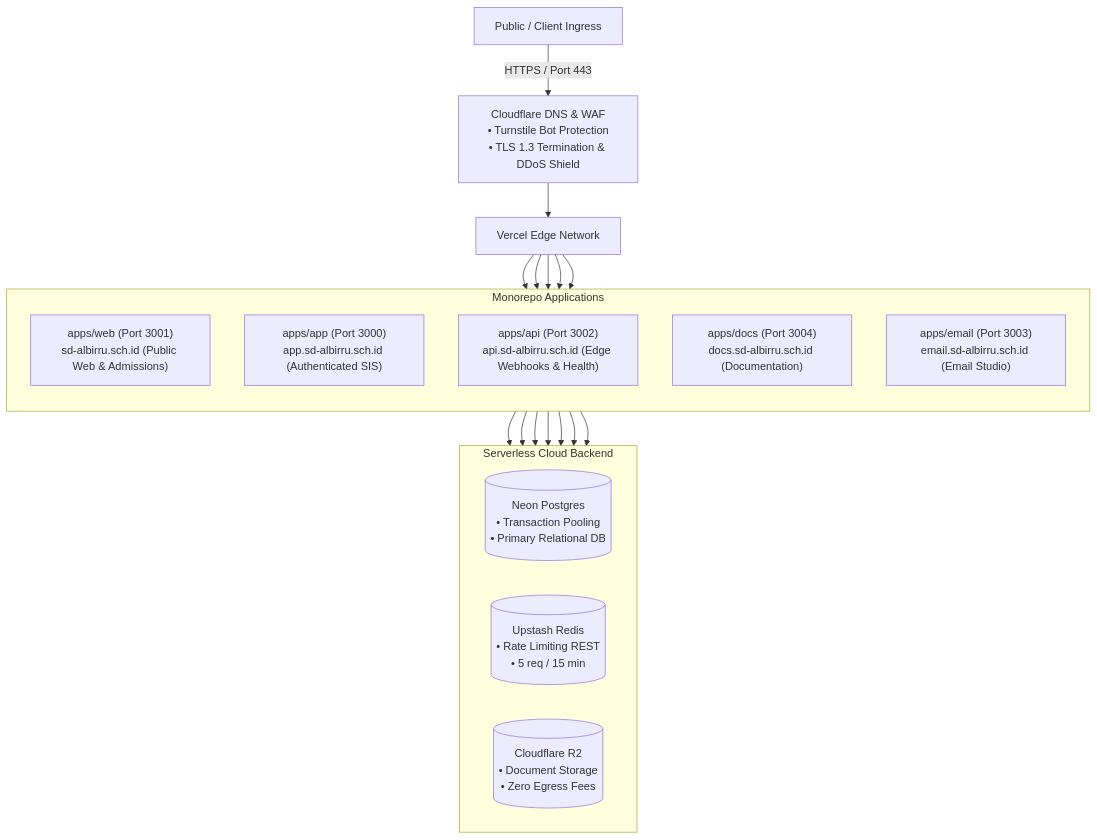
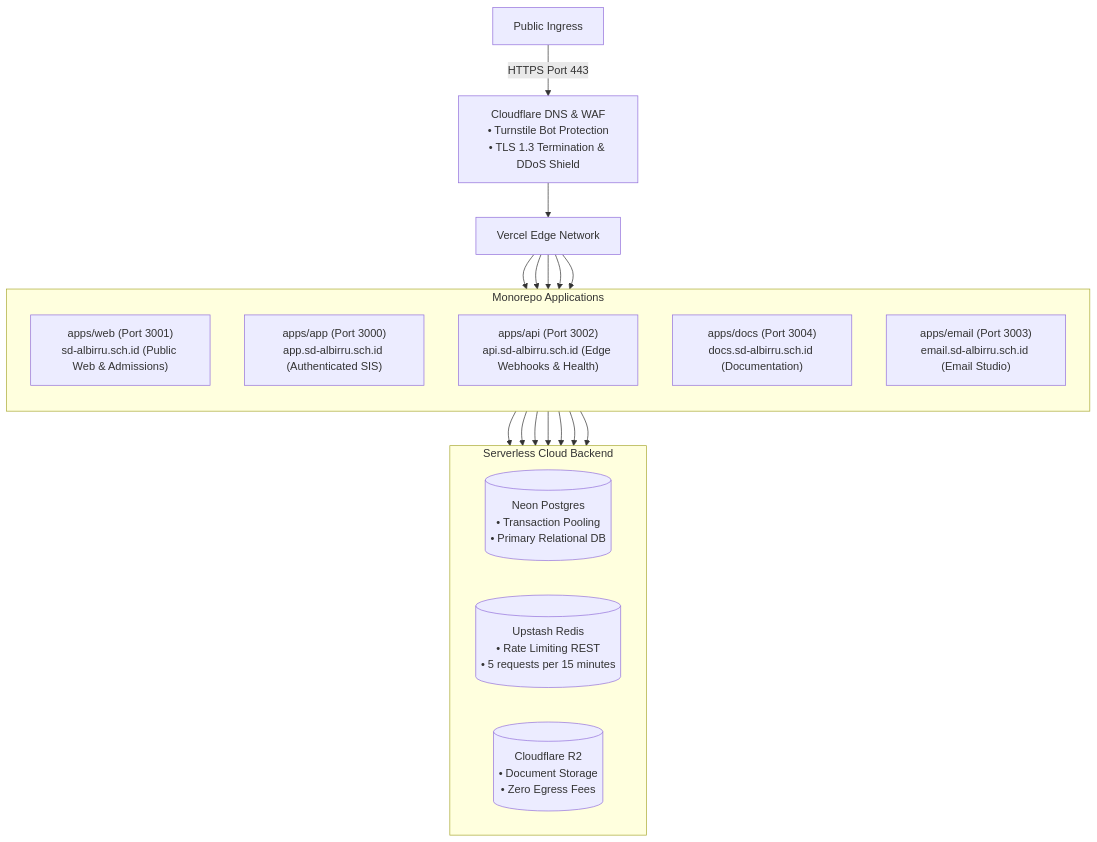
One commit to Mafrilearth/albirru-school-management-monorepo changed the first of 2 diagrams in DEPLOYMENT.md. Above: the diagram before and after it, drawn with Mermaid. The commit also changed other lines of this file and 20 other files, not shown here.

````diff
--- a/DEPLOYMENT.md
+++ b/DEPLOYMENT.md
@@ -11,35 +11,35 @@
 ```mermaid
 flowchart TD
-    Client["Public / Client Ingress"] -->|"HTTPS / Port 443"| CF["Cloudflare DNS & WAF<br/>• Turnstile Bot Protection<br/>• TLS 1.3 Termination & DDoS Shield"]
+    Client["Public Ingress"] -->|"HTTPS Port 443"| CF["Cloudflare DNS & WAF<br/>• Turnstile Bot Protection<br/>• TLS 1.3 Termination & DDoS Shield"]
     CF --> Vercel["Vercel Edge Network"]
 
     subgraph Apps ["Monorepo Applications"]
         direction TB
         Web["apps/web (Port 3001)<br/>sd-albirru.sch.id (Public Web & Admissions)"]
         App["apps/app (Port 3000)<br/>app.sd-albirru.sch.id (Authenticated SIS)"]
         Api["apps/api (Port 3002)<br/>api.sd-albirru.sch.id (Edge Webhooks & Health)"]
         Docs["apps/docs (Port 3004)<br/>docs.sd-albirru.sch.id (Documentation)"]
         Email["apps/email (Port 3003)<br/>email.sd-albirru.sch.id (Email Studio)"]
     end
 
     Vercel --> Web
     Vercel --> App
     Vercel --> Api
     Vercel --> Docs
     Vercel --> Email
 
     subgraph Services ["Serverless Cloud Backend"]
         direction LR
         Neon[("Neon Postgres<br/>• Transaction Pooling<br/>• Primary Relational DB")]
-        Upstash[("Upstash Redis<br/>• Rate Limiting REST<br/>• 5 req / 15 min")]
+        Upstash[("Upstash Redis<br/>• Rate Limiting REST<br/>• 5 requests per 15 minutes")]
         R2[("Cloudflare R2<br/>• Document Storage<br/>• Zero Egress Fees")]
     end
 
     Web --> Neon
     Web --> Upstash
     Web --> R2
     App --> Neon
     App --> Upstash
     App --> R2
     Api --> Neon
 ```
````
